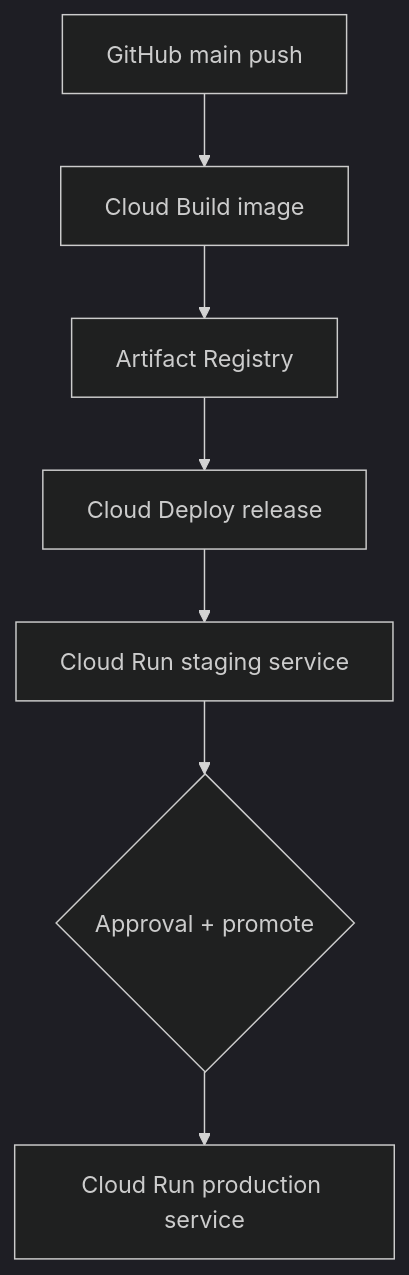
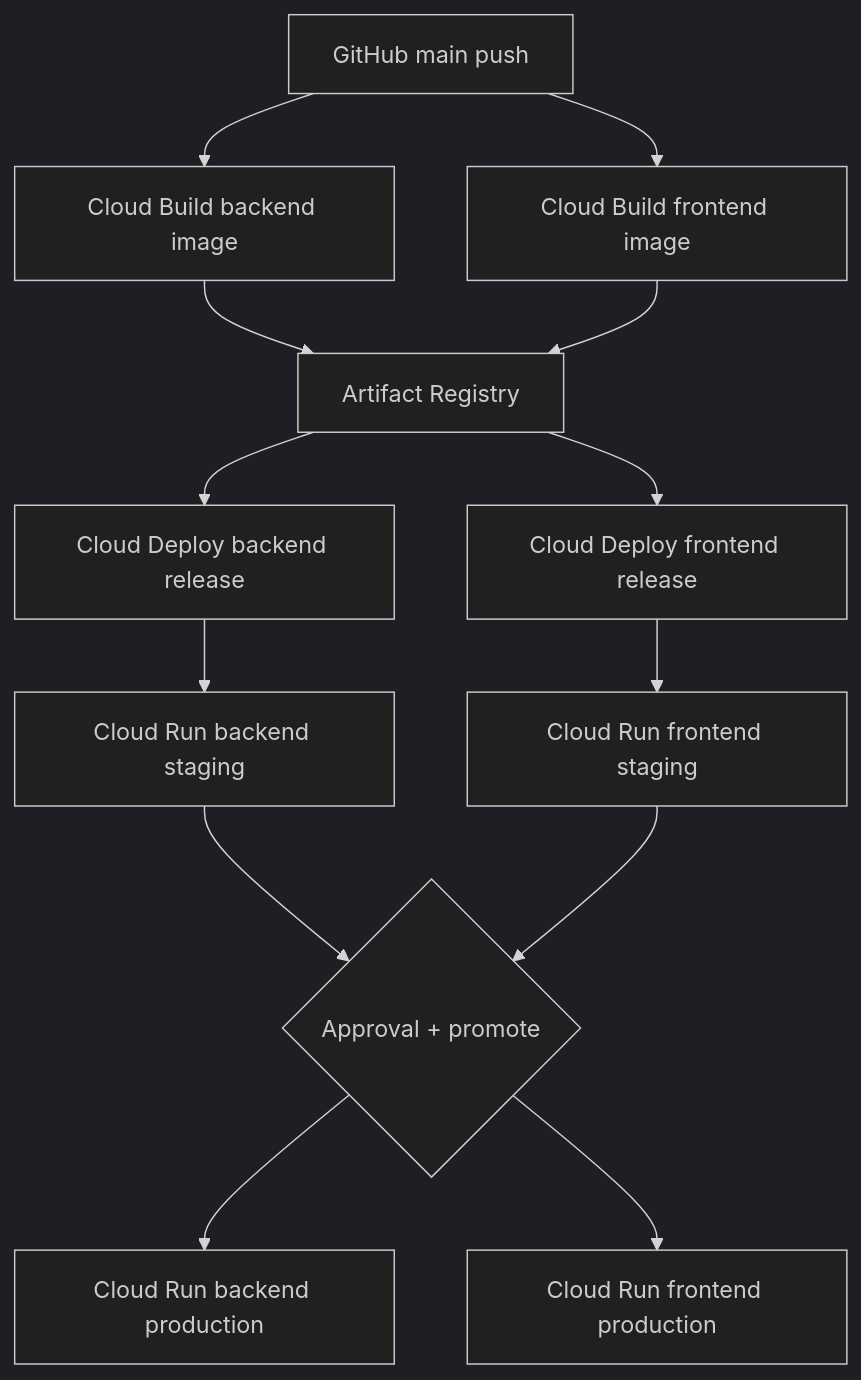
One commit to superfox247/AgentDevelopment changed the seventh of 11 diagrams in docs/PLATFORM_GUIDE.md. Above: the diagram before and after it, drawn with Mermaid (dark theme). The commit also changed other lines of this file and 1 other file, not shown here.

Commit message:
docs: update PLATFORM_GUIDE with frontend deployment, dual pipeline, and live URLs

````diff
--- a/docs/PLATFORM_GUIDE.md
+++ b/docs/PLATFORM_GUIDE.md
@@ -178,9 +192,15 @@
 ```mermaid
 graph TD
-    A[GitHub main push] --> B[Cloud Build image]
-    B --> C[Artifact Registry]
-    C --> D[Cloud Deploy release]
-    D --> E[Cloud Run staging service]
-    E --> F{Approval + promote}
-    F --> G[Cloud Run production service]
+    A[GitHub main push] --> B1[Cloud Build backend image]
+    A --> B2[Cloud Build frontend image]
+    B1 --> C[Artifact Registry]
+    B2 --> C
+    C --> D1[Cloud Deploy backend release]
+    C --> D2[Cloud Deploy frontend release]
+    D1 --> E1[Cloud Run backend staging]
+    D2 --> E2[Cloud Run frontend staging]
+    E1 --> F{Approval + promote}
+    E2 --> F
+    F --> G1[Cloud Run backend production]
+    F --> G2[Cloud Run frontend production]
 ```
````
